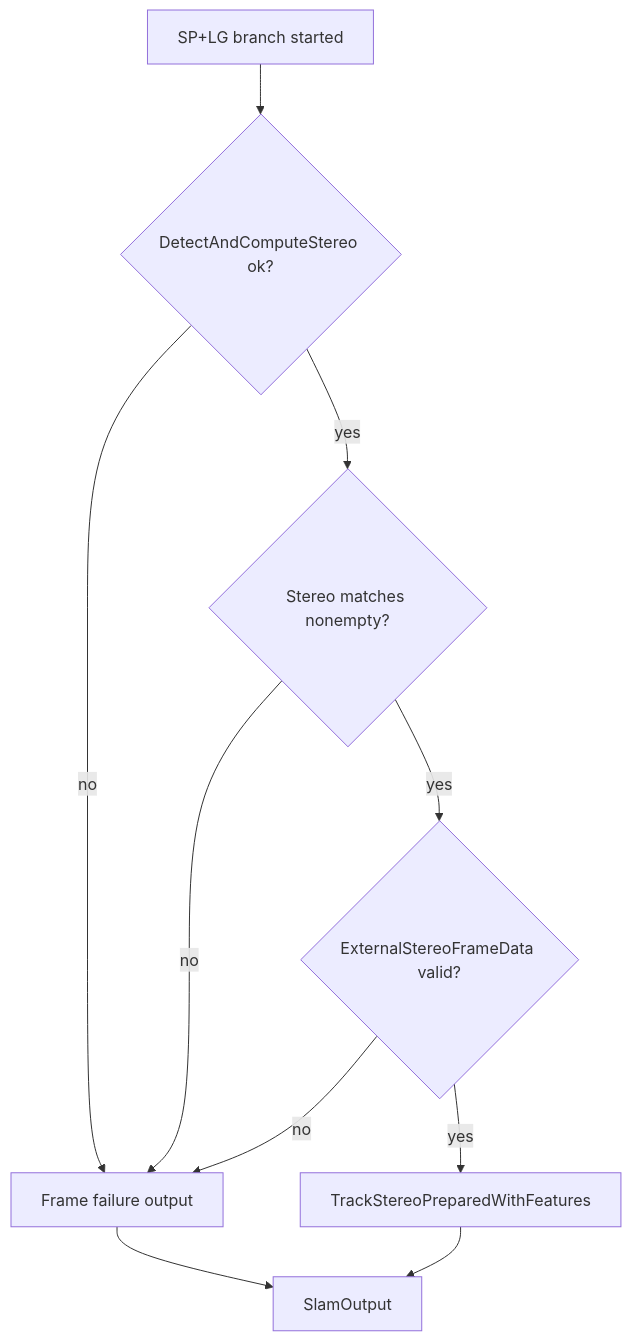
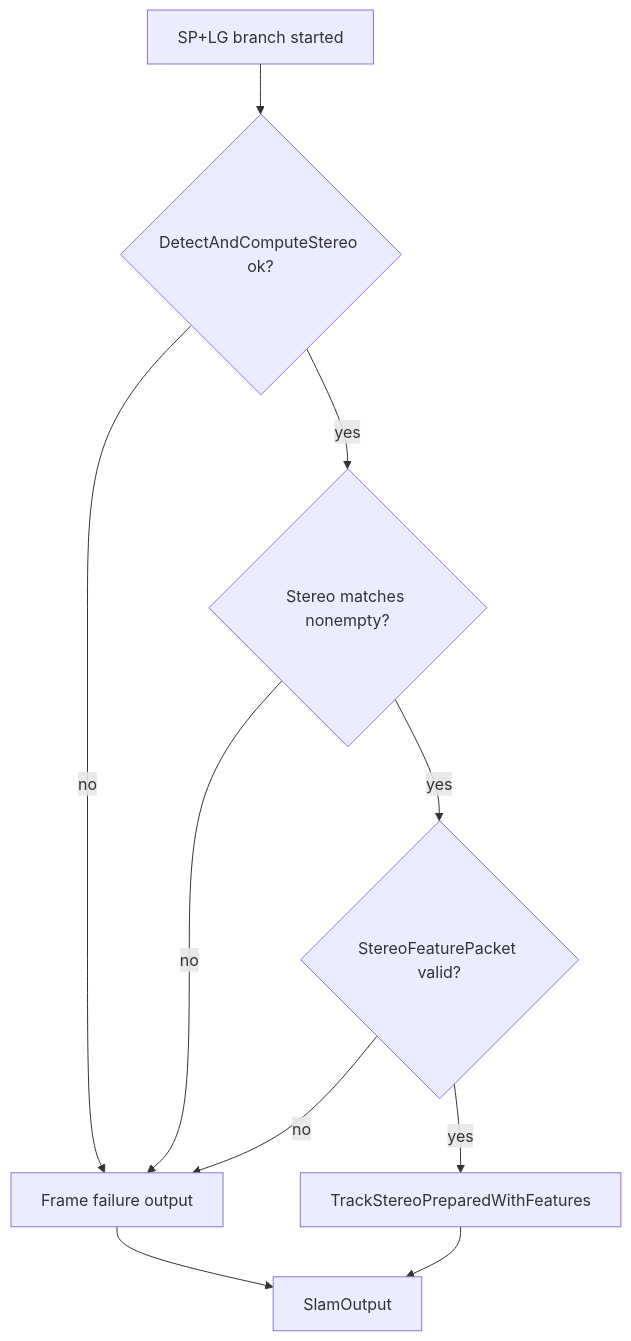
One commit to litingzhang/SmartDrone changed the fifth of 5 diagrams in docs/superpoint_lightglue_mode_flow.md. Above: the diagram before and after it, drawn with Mermaid. The commit also changed other lines of this file and 173 other files, not shown here.

````diff
--- a/docs/superpoint_lightglue_mode_flow.md
+++ b/docs/superpoint_lightglue_mode_flow.md
@@ -389,12 +397,12 @@
 ```mermaid
 flowchart TD
     A[SP+LG branch started] --> B{DetectAndComputeStereo ok?}
     B -- no --> F[Frame failure output]
     B -- yes --> C{Stereo matches nonempty?}
     C -- no --> F
-    C -- yes --> D{ExternalStereoFrameData valid?}
+    C -- yes --> D{StereoFeaturePacket valid?}
     D -- no --> F
     D -- yes --> E[TrackStereoPreparedWithFeatures]
     E --> G[SlamOutput]
     F --> G
 ```
````
